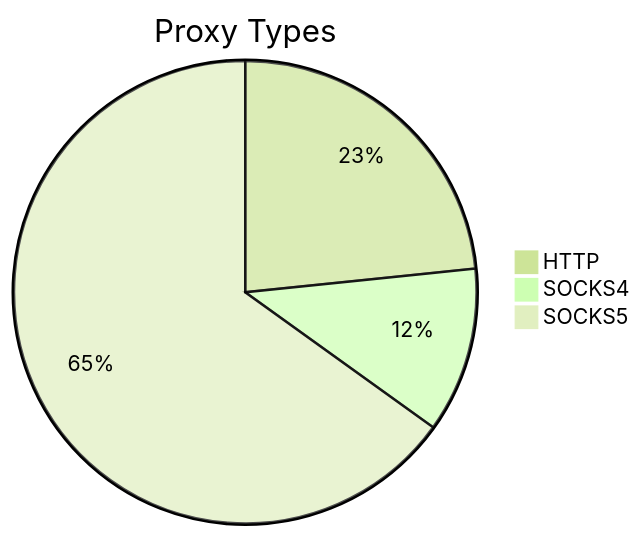
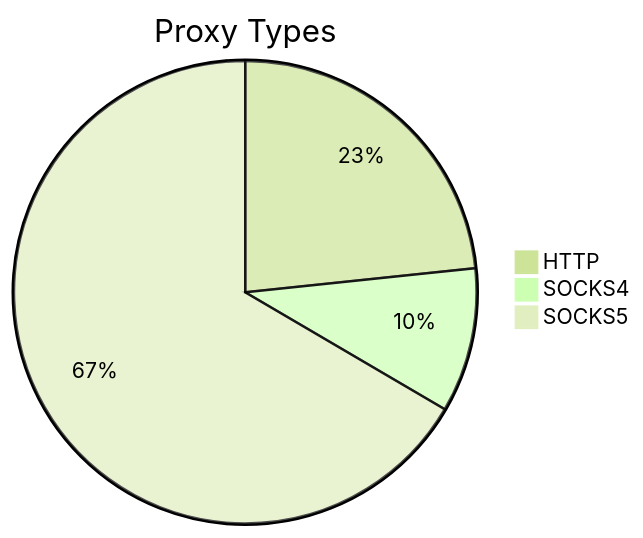
Before and after one commit to stormsia/proxy-list: the first of 2 diagrams in README.md, drawn with Mermaid (forest theme). The commit also changed other lines of this file, not shown here.

````diff
--- a/README.md
+++ b/README.md
@@ -21,6 +21,6 @@
 ```mermaid
 pie title Proxy Types
-    "HTTP" : 251
-    "SOCKS4" : 124
-    "SOCKS5" : 699
+    "HTTP" : 499
+    "SOCKS4" : 216
+    "SOCKS5" : 1423
 ```
````
